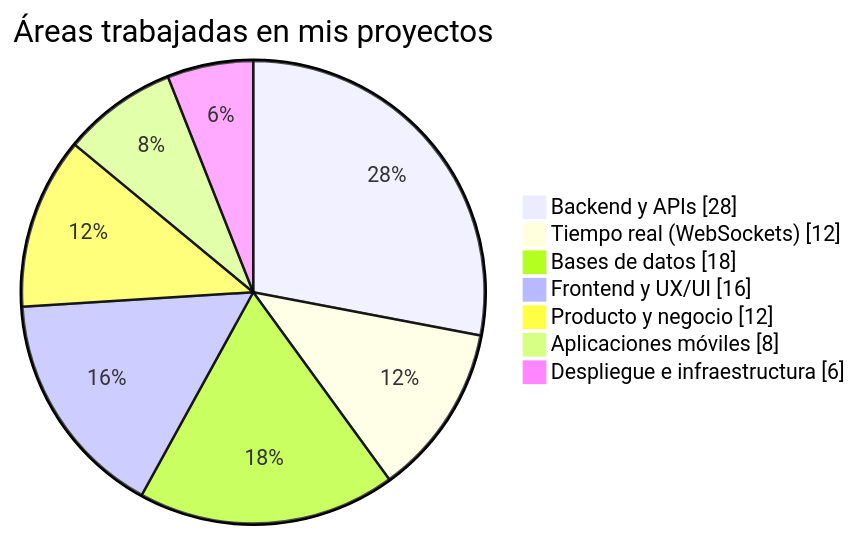
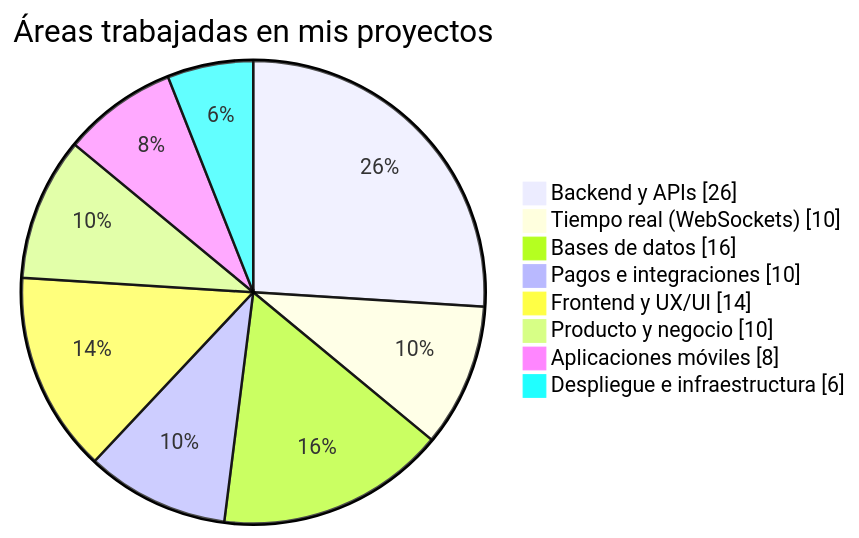
Before and after one commit to EnriqueMagana/EnriqueMagana: the second of 2 diagrams in README.md, drawn with Mermaid. The commit also changed other lines of this file, not shown here.

````diff
--- a/README.md
+++ b/README.md
@@ -105,11 +132,12 @@
 ```mermaid
 pie showData
     title Áreas trabajadas en mis proyectos
-    "Backend y APIs" : 28
-    "Tiempo real (WebSockets)" : 12
-    "Bases de datos" : 18
-    "Frontend y UX/UI" : 16
-    "Producto y negocio" : 12
+    "Backend y APIs" : 26
+    "Tiempo real (WebSockets)" : 10
+    "Bases de datos" : 16
+    "Pagos e integraciones" : 10
+    "Frontend y UX/UI" : 14
+    "Producto y negocio" : 10
     "Aplicaciones móviles" : 8
     "Despliegue e infraestructura" : 6
 ```
````
